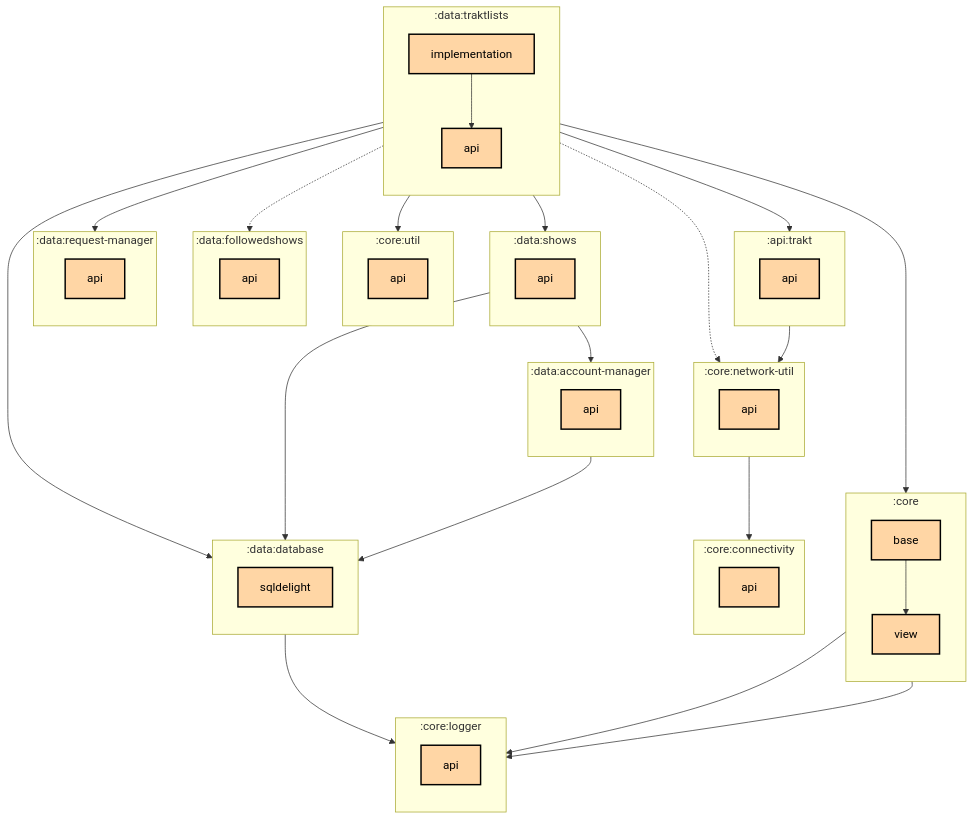
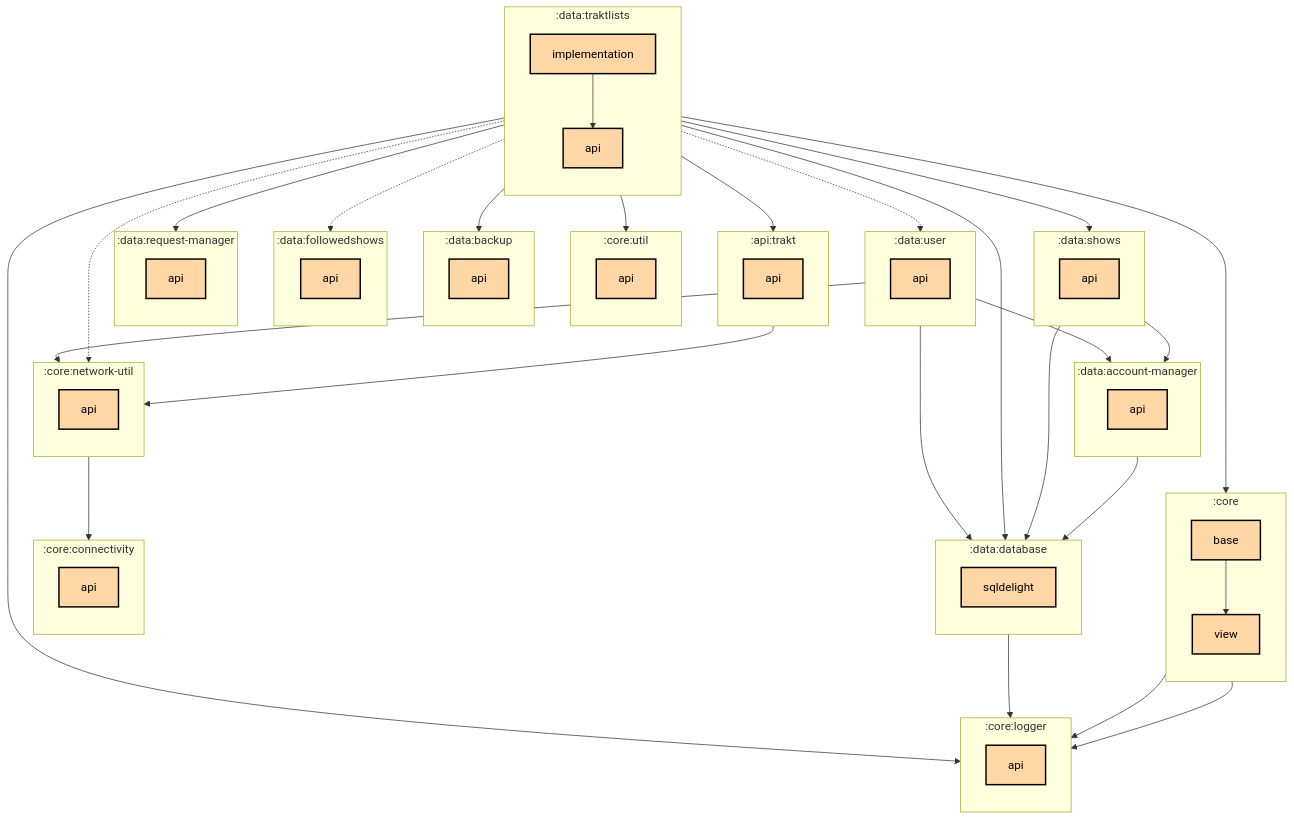
One commit to thomaskioko/tv-maniac changed the first of 2 diagrams in data/traktlists/implementation/README.md. Above: the diagram before and after it, drawn with Mermaid. The commit also changed 9 other files, not shown here.

Commit message:
Update the generated module graphs

```diff
--- a/data/traktlists/implementation/README.md
+++ b/data/traktlists/implementation/README.md
@@ -34,6 +34,10 @@
     direction TB
     :data:account-manager:api[api]:::multiplatform
   end
+  subgraph :data:backup
+    direction TB
+    :data:backup:api[api]:::multiplatform
+  end
   subgraph :data:database
     direction TB
     :data:database:sqldelight[sqldelight]:::multiplatform
@@ -55,6 +59,10 @@
     :data:traktlists:api[api]:::multiplatform
     :data:traktlists:implementation[implementation]:::multiplatform
   end
+  subgraph :data:user
+    direction TB
+    :data:user:api[api]:::multiplatform
+  end
 
   :api:trakt:api --> :core:network-util:api
   :core:base --> :core:logger:api
@@ -67,13 +75,19 @@
   :data:shows:api --> :data:database:sqldelight
   :data:traktlists:implementation --> :api:trakt:api
   :data:traktlists:implementation --> :core:base
+  :data:traktlists:implementation --> :core:logger:api
   :data:traktlists:implementation -.-> :core:network-util:api
   :data:traktlists:implementation --> :core:util:api
+  :data:traktlists:implementation --> :data:backup:api
   :data:traktlists:implementation --> :data:database:sqldelight
   :data:traktlists:implementation -.-> :data:followedshows:api
   :data:traktlists:implementation --> :data:request-manager:api
   :data:traktlists:implementation --> :data:shows:api
   :data:traktlists:implementation --> :data:traktlists:api
+  :data:traktlists:implementation -.-> :data:user:api
+  :data:user:api --> :core:network-util:api
+  :data:user:api --> :data:account-manager:api
+  :data:user:api --> :data:database:sqldelight
 
 classDef application fill:#CAFFBF,stroke:#000,stroke-width:2px,color:#000;
 classDef multiplatform fill:#FFD6A5,stroke:#000,stroke-width:2px,color:#000;
```
